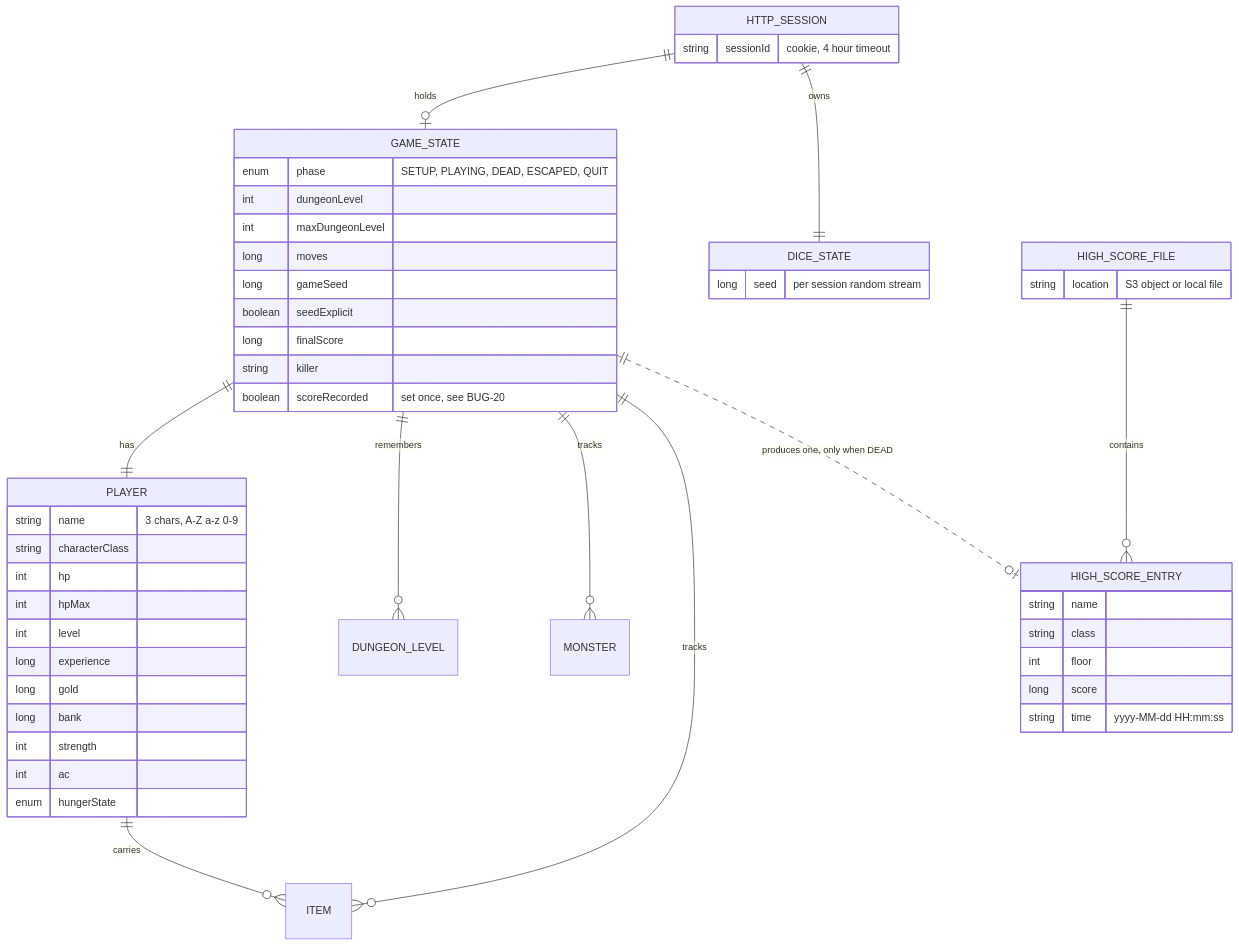
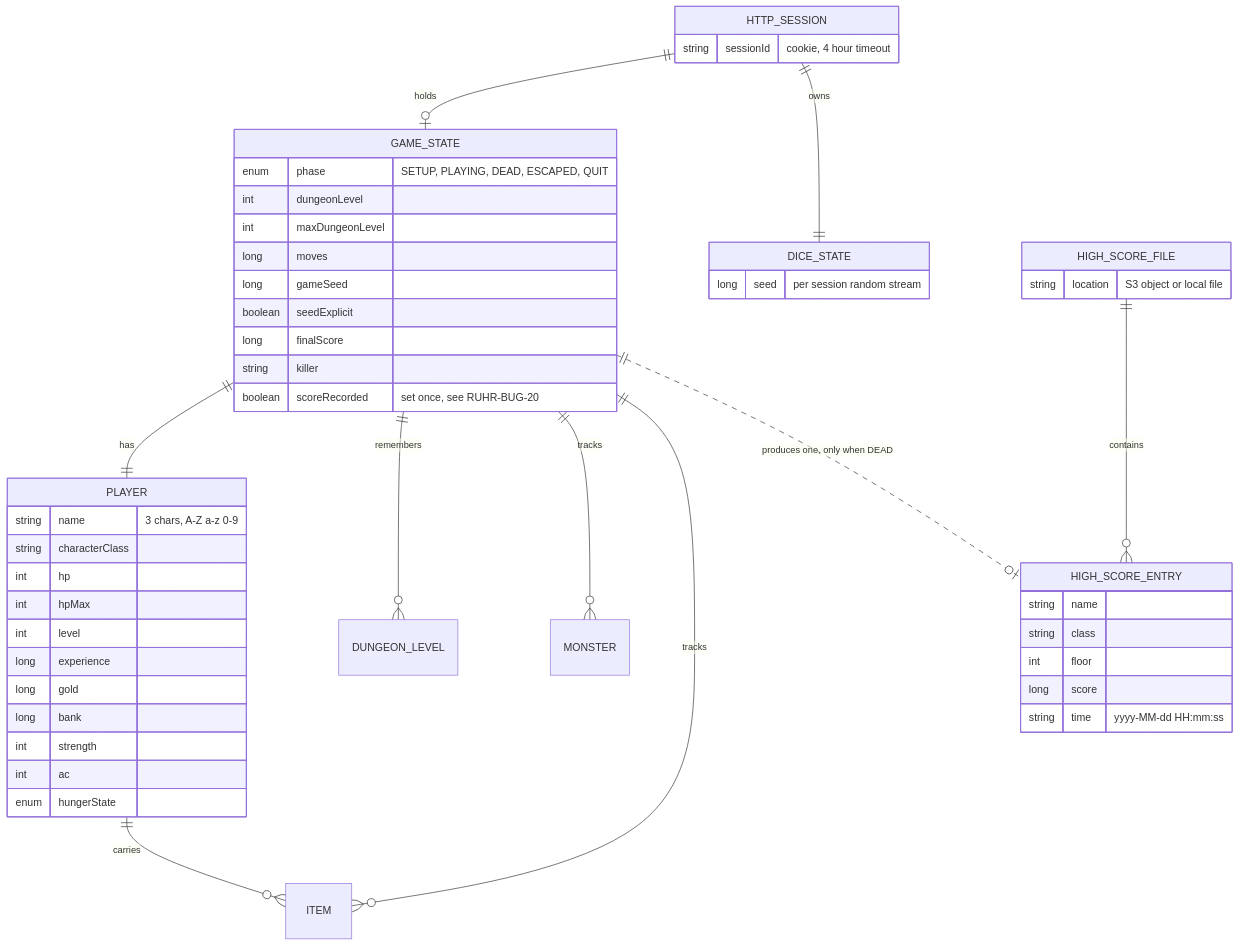
One commit to roncproject/ruhrohgue changed the diagram in docs/backend-schema.md. Above: the diagram before and after it, drawn with Mermaid. The commit also changed 3 other files, not shown here.

````diff
--- a/docs/backend-schema.md
+++ b/docs/backend-schema.md
@@ -17,53 +17,53 @@
 ```mermaid
 erDiagram
     HTTP_SESSION ||--o| GAME_STATE : holds
     HTTP_SESSION ||--|| DICE_STATE : owns
     GAME_STATE ||--|| PLAYER : has
     GAME_STATE ||--o{ DUNGEON_LEVEL : remembers
     GAME_STATE ||--o{ MONSTER : tracks
     GAME_STATE ||--o{ ITEM : tracks
     PLAYER ||--o{ ITEM : carries
     GAME_STATE ||..o| HIGH_SCORE_ENTRY : "produces one, only when DEAD"
     HIGH_SCORE_FILE ||--o{ HIGH_SCORE_ENTRY : contains
 
     HTTP_SESSION {
         string sessionId "cookie, 4 hour timeout"
     }
     DICE_STATE {
         long seed "per session random stream"
     }
     GAME_STATE {
         enum phase "SETUP, PLAYING, DEAD, ESCAPED, QUIT"
         int dungeonLevel
         int maxDungeonLevel
         long moves
         long gameSeed
         boolean seedExplicit
         long finalScore
         string killer
-        boolean scoreRecorded "set once, see BUG-20"
+        boolean scoreRecorded "set once, see RUHR-BUG-20"
     }
     PLAYER {
         string name "3 chars, A-Z a-z 0-9"
         string characterClass
         int hp
         int hpMax
         int level
         long experience
         long gold
         long bank
         int strength
         int ac
         enum hungerState
     }
     HIGH_SCORE_ENTRY {
         string name
         string class
         int floor
         long score
         string time "yyyy-MM-dd HH:mm:ss"
     }
     HIGH_SCORE_FILE {
         string location "S3 object or local file"
     }
 ```
````
